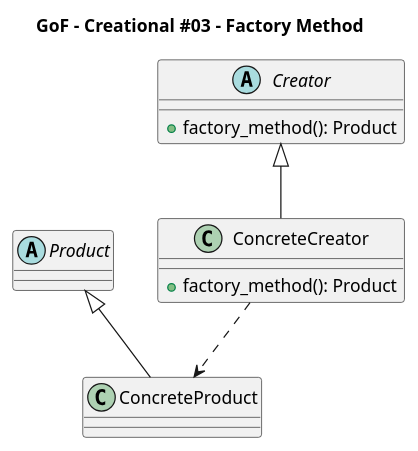
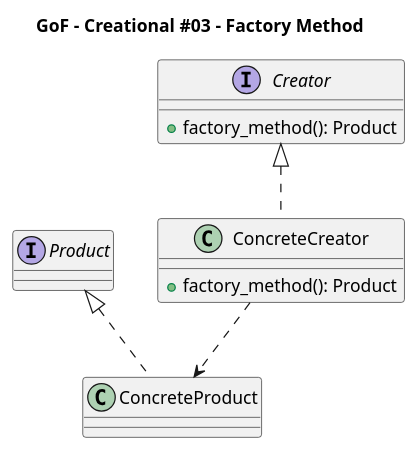
Before and after one commit to Takayoshi-Matsuyama/design_patterns: the diagram in GoF/GoF_gen03_factory_method.puml, drawn with PlantUML. The commit also changed 12 other files, not shown here.

Commit message:
GoF - abstract class --> interface

```diff
--- a/GoF/GoF_gen03_factory_method.puml
+++ b/GoF/GoF_gen03_factory_method.puml
@@ -1,21 +1,21 @@
 @startuml gof_factory_method
 
 title GoF - Creational #03 - Factory Method
 
-abstract class Product
+interface Product
 
 class ConcreteProduct
 
-Product <|-- ConcreteProduct
+Product <|.. ConcreteProduct
 
-abstract class Creator {
+interface Creator {
     +factory_method(): Product
 }
 
 class ConcreteCreator {
     +factory_method(): Product
 }
 
-Creator <|-- ConcreteCreator
+Creator <|.. ConcreteCreator
 ConcreteCreator ..> ConcreteProduct
 @enduml
```
